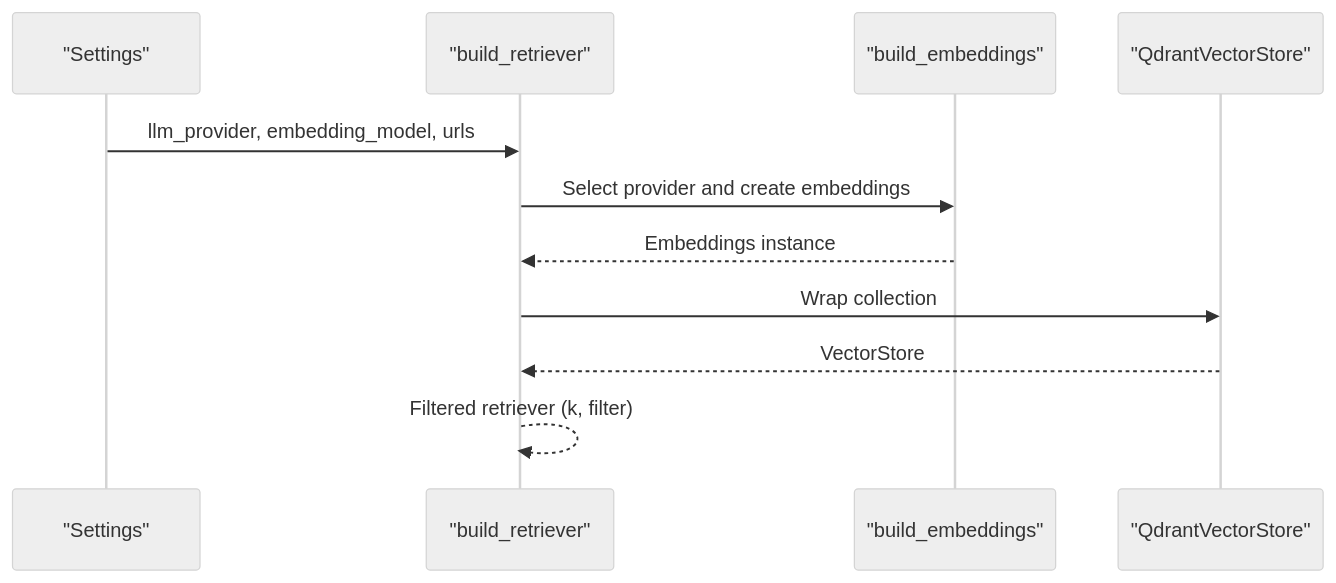
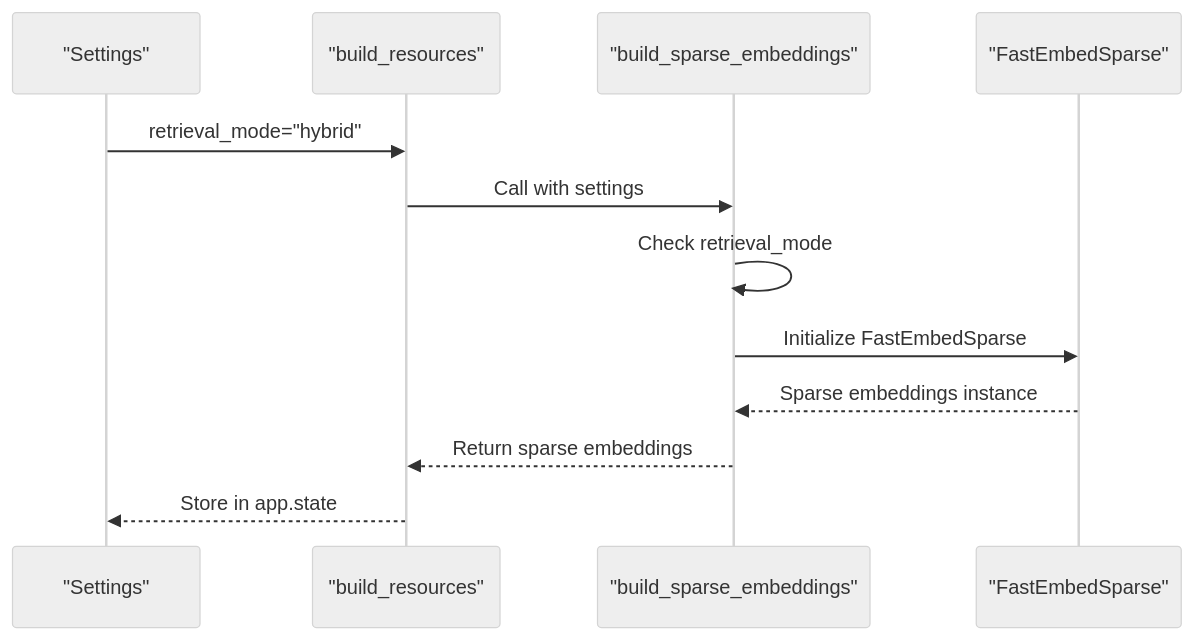
One commit to ognelis/cafetera_hr_bot changed the fifth of 12 diagrams in .qoder/repowiki/en/content/RAG Integration/RAG Parser Enhancement.md. Above: the diagram before and after it, drawn with Mermaid (neutral theme). The commit also changed other lines of this file and 10 other files, not shown here.

````diff
--- a/.qoder/repowiki/en/content/RAG Integration/RAG Parser Enhancement.md
+++ b/.qoder/repowiki/en/content/RAG Integration/RAG Parser Enhancement.md
@@ -344,13 +286,14 @@
 ```mermaid
 sequenceDiagram
 participant Settings as "Settings"
-participant Retriever as "build_retriever"
-participant Embeddings as "build_embeddings"
-participant Qdrant as "QdrantVectorStore"
-Settings->>Retriever : llm_provider, embedding_model, urls
-Retriever->>Embeddings : Select provider and create embeddings
-Embeddings-->>Retriever : Embeddings instance
-Retriever->>Qdrant : Wrap collection
-Qdrant-->>Retriever : VectorStore
-Retriever-->>Retriever : Filtered retriever (k, filter)
+participant Resources as "build_resources"
+participant Retriever as "build_sparse_embeddings"
+participant Sparse as "FastEmbedSparse"
+Settings->>Resources : retrieval_mode="hybrid"
+Resources->>Retriever : Call with settings
+Retriever->>Retriever : Check retrieval_mode
+Retriever->>Sparse : Initialize FastEmbedSparse
+Sparse-->>Retriever : Sparse embeddings instance
+Retriever-->>Resources : Return sparse embeddings
+Resources-->>Settings : Store in app.state
 ```
````
